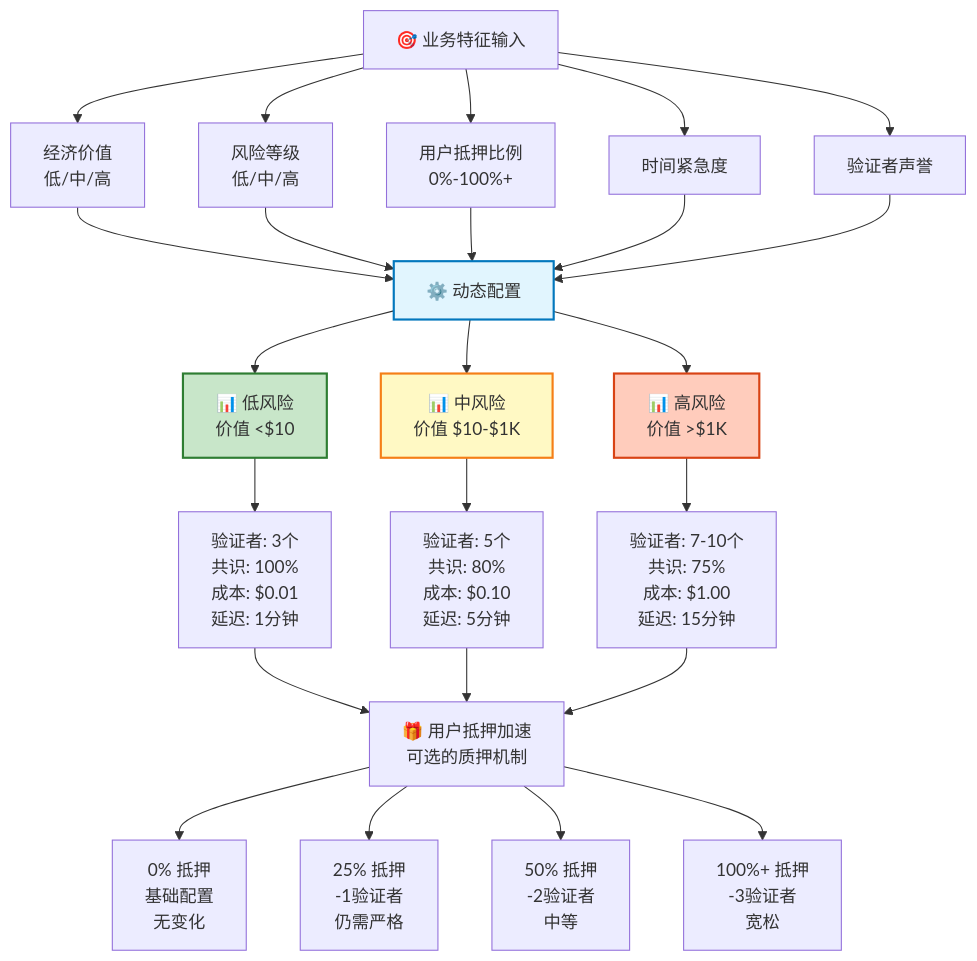
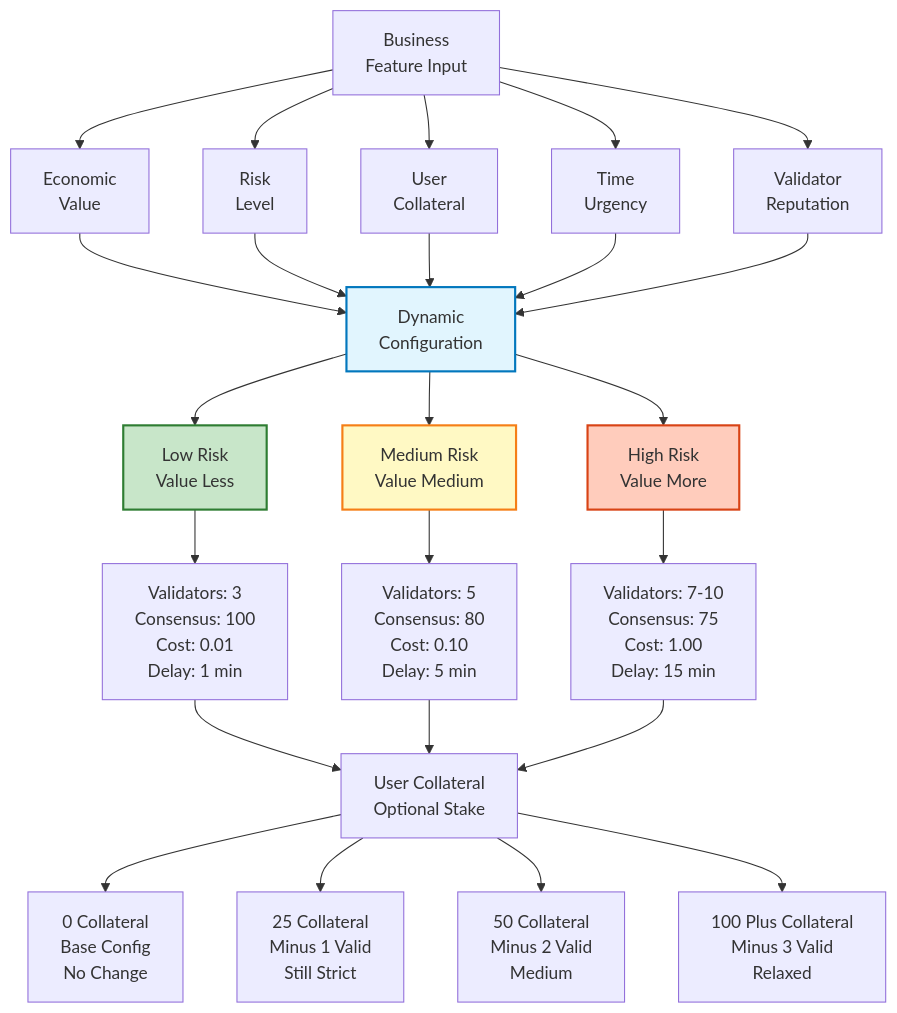
Before and after one commit to JCCDex/jcc_document: the fifth of 17 diagrams in src/jcc_blog/pic.md, drawn with Mermaid. The commit also changed other lines of this file, not shown here.

First line of the commit message:
Fix Mermaid 8.9.2 compatibility issues

````diff
--- a/src/jcc_blog/pic.md
+++ b/src/jcc_blog/pic.md
@@ -194,36 +194,36 @@
 ```mermaid
 graph TB
-    Input["🎯 业务特征输入"] --> D["经济价值<br/>低/中/高"]
-    Input --> R["风险等级<br/>低/中/高"]
-    Input --> C["用户抵押比例<br/>0%-100%+"]
-    Input --> U["时间紧急度"]
-    Input --> V["验证者声誉"]
+    Input["Business<br/>Feature Input"] --> D["Economic<br/>Value"]
+    Input --> R["Risk<br/>Level"]
+    Input --> C["User<br/>Collateral"]
+    Input --> U["Time<br/>Urgency"]
+    Input --> V["Validator<br/>Reputation"]
     
-    D --> Config["⚙️ 动态配置"]
+    D --> Config["Dynamic<br/>Configuration"]
     R --> Config
     C --> Config
     U --> Config
     V --> Config
     
-    Config --> Low["📊 低风险<br/>价值 &lt;$10"]
-    Config --> Med["📊 中风险<br/>价值 $10-$1K"]
-    Config --> High["📊 高风险<br/>价值 >$1K"]
+    Config --> Low["Low Risk<br/>Value Less"]
+    Config --> Med["Medium Risk<br/>Value Medium"]
+    Config --> High["High Risk<br/>Value More"]
     
-    Low --> LowConfig["验证者: 3个<br/>共识: 100%<br/>成本: $0.01<br/>延迟: 1分钟"]
-    Med --> MedConfig["验证者: 5个<br/>共识: 80%<br/>成本: $0.10<br/>延迟: 5分钟"]
-    High --> HighConfig["验证者: 7-10个<br/>共识: 75%<br/>成本: $1.00<br/>延迟: 15分钟"]
+    Low --> LowConfig["Validators: 3<br/>Consensus: 100<br/>Cost: 0.01<br/>Delay: 1 min"]
+    Med --> MedConfig["Validators: 5<br/>Consensus: 80<br/>Cost: 0.10<br/>Delay: 5 min"]
+    High --> HighConfig["Validators: 7-10<br/>Consensus: 75<br/>Cost: 1.00<br/>Delay: 15 min"]
     
-    LowConfig --> Collateral["🎁 用户抵押加速<br/>可选的质押机制"]
+    LowConfig --> Collateral["User Collateral<br/>Optional Stake"]
     MedConfig --> Collateral
     HighConfig --> Collateral
     
-    Collateral --> C0["0% 抵押<br/>基础配置<br/>无变化"]
-    Collateral --> C25["25% 抵押<br/>-1验证者<br/>仍需严格"]
-    Collateral --> C50["50% 抵押<br/>-2验证者<br/>中等"]
-    Collateral --> C100["100%+ 抵押<br/>-3验证者<br/>宽松"]
+    Collateral --> C0["0 Collateral<br/>Base Config<br/>No Change"]
+    Collateral --> C25["25 Collateral<br/>Minus 1 Valid<br/>Still Strict"]
+    Collateral --> C50["50 Collateral<br/>Minus 2 Valid<br/>Medium"]
+    Collateral --> C100["100 Plus Collateral<br/>Minus 3 Valid<br/>Relaxed"]
     
     style Low fill:#c8e6c9,stroke:#2e7d32,stroke-width:2px
     style Med fill:#fff9c4,stroke:#f57f17,stroke-width:2px
     style High fill:#ffccbc,stroke:#d84315,stroke-width:2px
     style Config fill:#e1f5fe,stroke:#0277bd,stroke-width:2px
 ```
````
